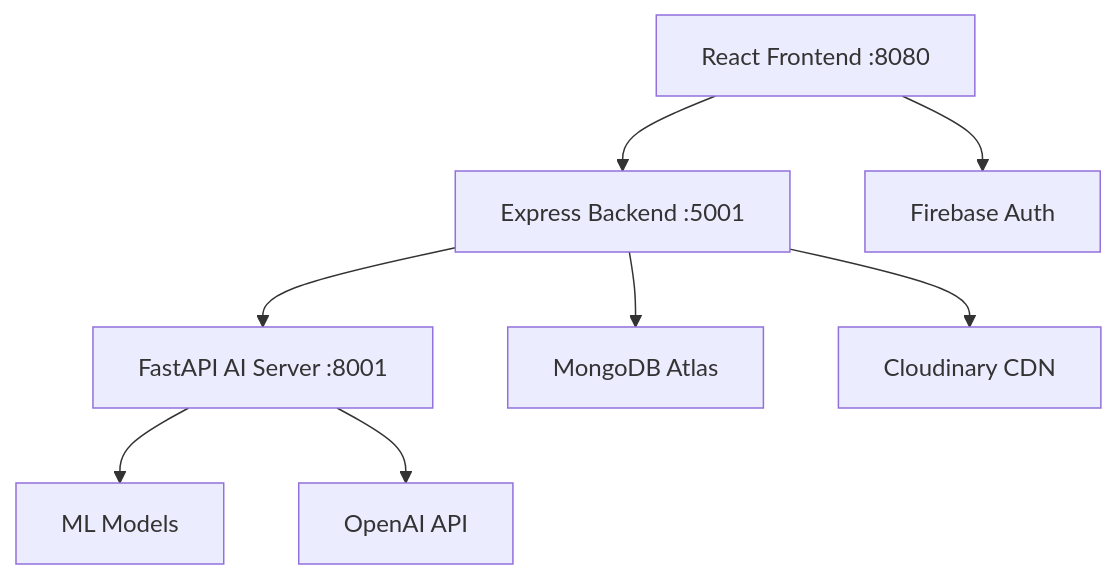
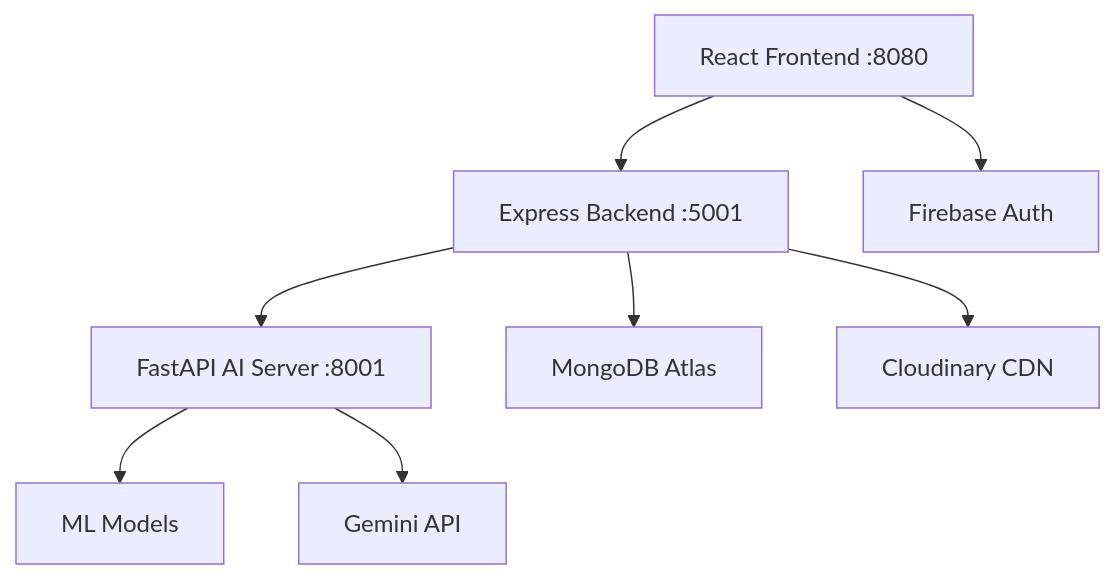
Before and after one commit to Sainava/Wiz-Scholar: the diagram in README.md, drawn with Mermaid.

````diff
--- a/README.md
+++ b/README.md
@@ -76,10 +76,10 @@
 ```mermaid
 graph TB
     A[React Frontend :8080] --> B[Express Backend :5001]
     B --> C[FastAPI AI Server :8001]
     B --> D[MongoDB Atlas]
     B --> E[Cloudinary CDN]
     C --> F[ML Models]
-    C --> G[OpenAI API]
+    C --> G[Gemini API]
     A --> H[Firebase Auth]
 ```
````
